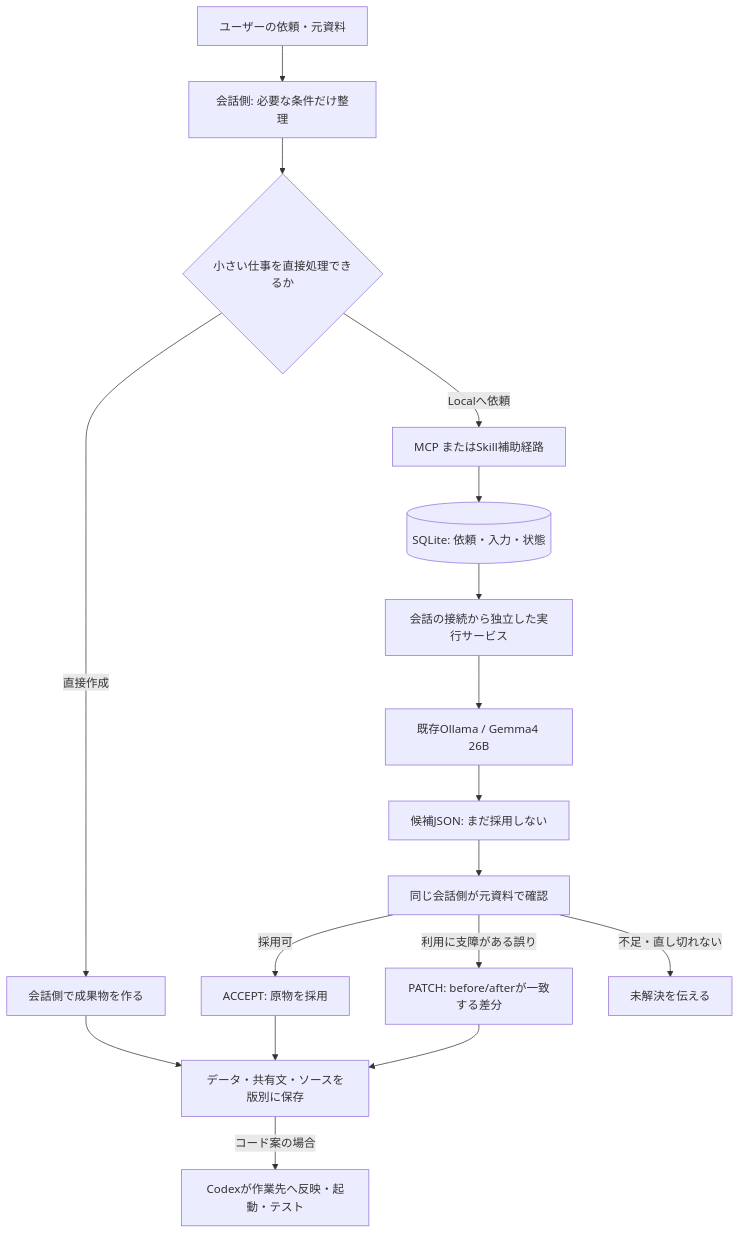
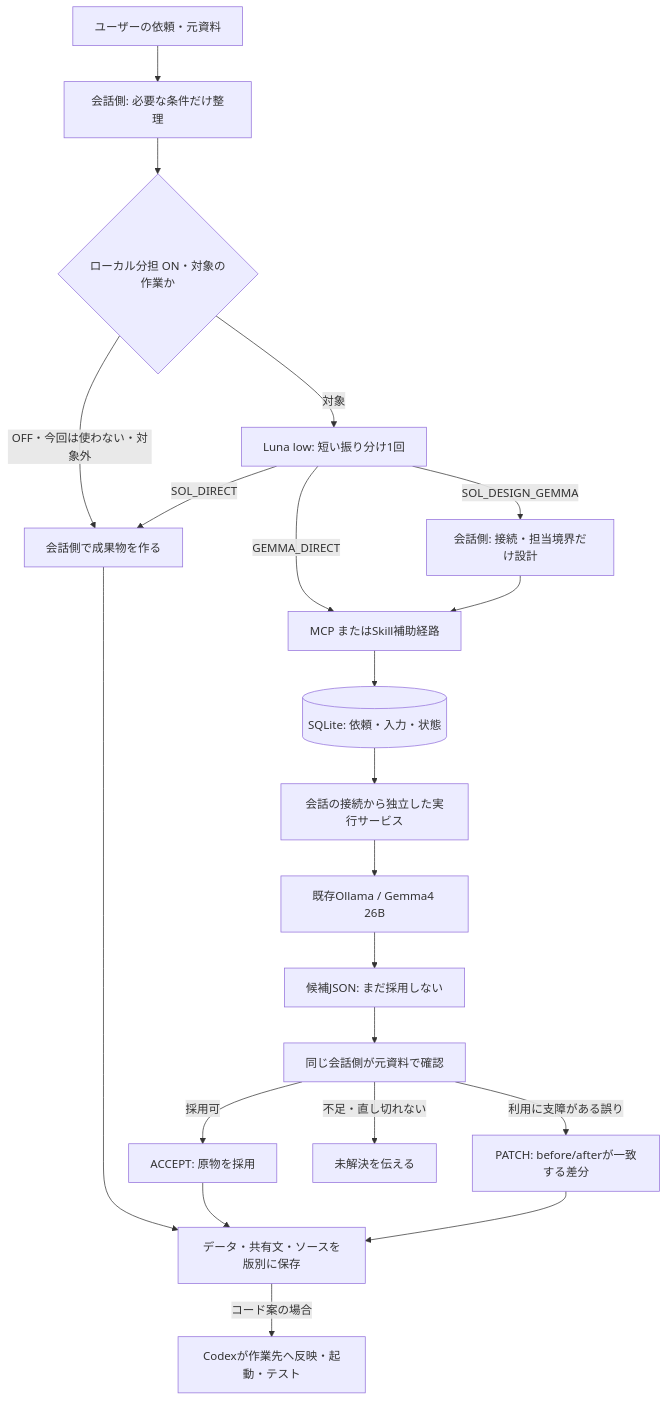
Before and after one commit to o0w0v/orchestrator-local: the diagram in DESIGN_JA.md, drawn with Mermaid. The commit also changed other lines of this file and 21 other files, not shown here.

````diff
--- a/DESIGN_JA.md
+++ b/DESIGN_JA.md
@@ -3,19 +3,23 @@
 ```mermaid
 flowchart TD
     U[ユーザーの依頼・元資料] --> C[会話側: 必要な条件だけ整理]
-    C --> S{小さい仕事を直接処理できるか}
-    S -->|直接作成| D[会話側で成果物を作る]
+    C --> ON{ローカル分担 ON・対象の作業か}
+    ON -->|OFF・今回は使わない・対象外| D[会話側で成果物を作る]
+    ON -->|対象| L[Luna low: 短い振り分け1回]
+    L -->|SOL_DIRECT| D
     D --> SAVE[データ・共有文・ソースを版別に保存]
-    S -->|Localへ依頼| MCP[MCP またはSkill補助経路]
+    L -->|GEMMA_DIRECT| MCP[MCP またはSkill補助経路]
+    L -->|SOL_DESIGN_GEMMA| DESIGN[会話側: 接続・担当境界だけ設計]
+    DESIGN --> MCP
     MCP --> DB[(SQLite: 依頼・入力・状態)]
     DB --> SERVICE[会話の接続から独立した実行サービス]
     SERVICE --> GEMMA[既存Ollama / Gemma4 26B]
     GEMMA --> CANDIDATE[候補JSON: まだ採用しない]
     CANDIDATE --> REVIEW[同じ会話側が元資料で確認]
     REVIEW -->|採用可| ORIGINAL[ACCEPT: 原物を採用]
     REVIEW -->|利用に支障がある誤り| PATCH[PATCH: before/afterが一致する差分]
     ORIGINAL --> SAVE
     PATCH --> SAVE
     REVIEW -->|不足・直し切れない| HOLD[未解決を伝える]
     SAVE -->|コード案の場合| COPY[Codexが作業先へ反映・起動・テスト]
 ```
````
